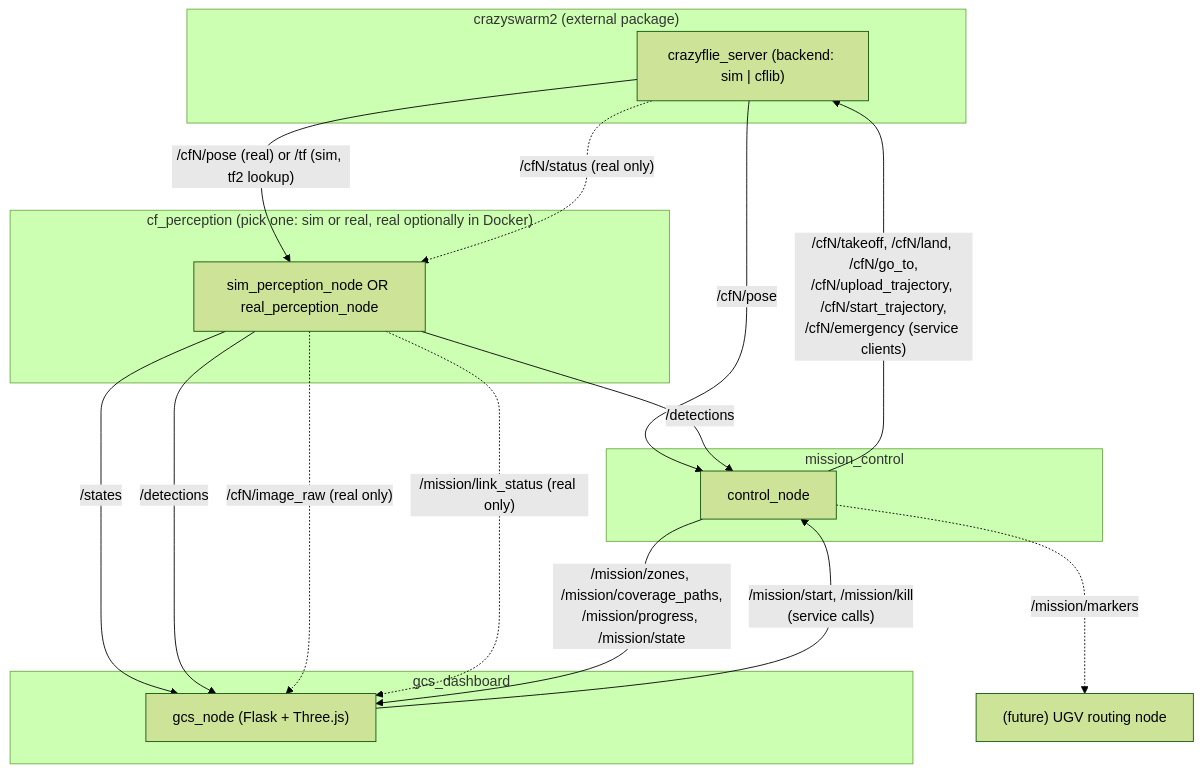
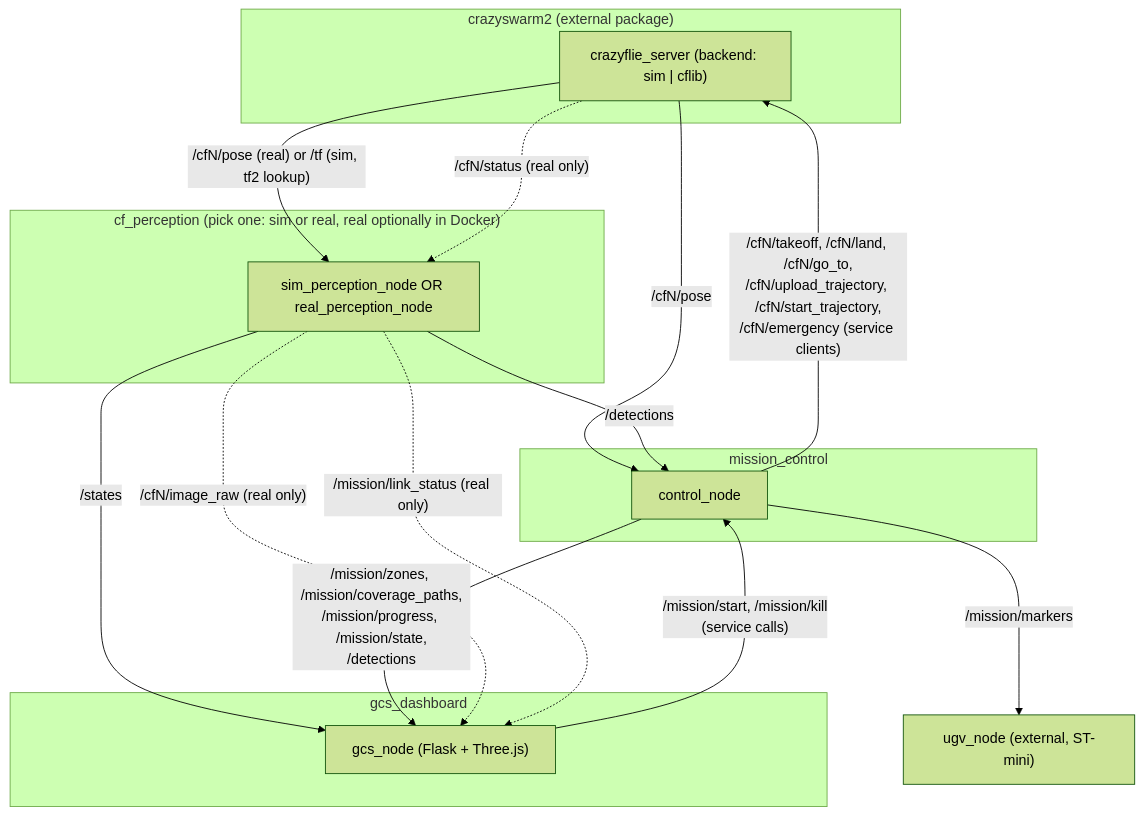
Before and after one commit to sungho2574/uav-ugv-cooperation2: the first of 4 diagrams in README.md, drawn with Mermaid (forest theme).

Commit message:
docs: 최신화

````diff
--- a/README.md
+++ b/README.md
@@ -80,36 +80,35 @@
 ```mermaid
 flowchart TD
     subgraph crazyswarm2["crazyswarm2 (external package)"]
         CFS["crazyflie_server (backend: sim | cflib)"]
     end
 
     subgraph mc["mission_control"]
         CTRL["control_node"]
     end
 
     subgraph cfp["cf_perception (pick one: sim or real, real optionally in Docker)"]
         PERC["sim_perception_node OR real_perception_node"]
     end
 
     subgraph gcs["gcs_dashboard"]
         GCS["gcs_node (Flask + Three.js)"]
     end
 
-    FUTURE["(future) UGV routing node"]
+    UGV["ugv_node (external, ST-mini)"]
 
     CTRL -->|"/cfN/takeoff, /cfN/land, /cfN/go_to,<br/>/cfN/upload_trajectory, /cfN/start_trajectory,<br/>/cfN/emergency (service clients)"| CFS
     CFS -->|"/cfN/pose"| CTRL
     CFS -->|"/cfN/pose (real) or /tf (sim, tf2 lookup)"| PERC
     CFS -.->|"/cfN/status (real only)"| PERC
 
     PERC -->|"/states"| GCS
     PERC -->|"/detections"| CTRL
-    PERC -->|"/detections"| GCS
+    CTRL -->|"/mission/zones, /mission/coverage_paths,<br/>/mission/progress, /mission/state,<br/>/detections"| GCS
     PERC -.->|"/cfN/image_raw (real only)"| GCS
     PERC -.->|"/mission/link_status (real only)"| GCS
 
-    CTRL -->|"/mission/zones, /mission/coverage_paths,<br/>/mission/progress, /mission/state"| GCS
-    CTRL -.->|"/mission/markers"| FUTURE
+    CTRL -->|"/mission/markers"| UGV
 
     GCS -->|"/mission/start, /mission/kill<br/>(service calls)"| CTRL
 ```
````
